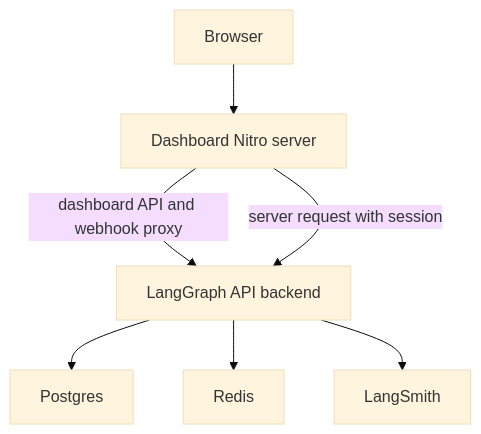
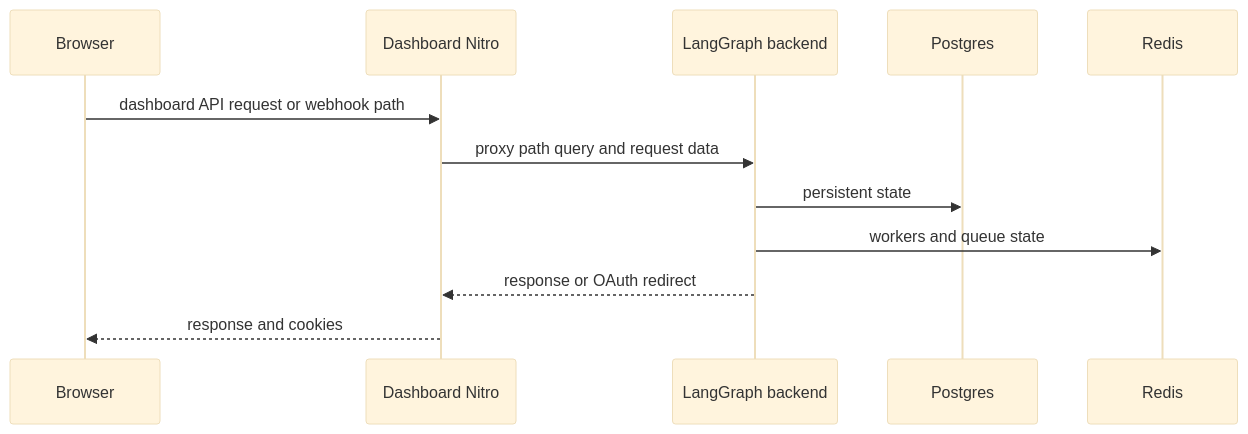
Before and after one commit to langchain-ai/open-swe: the second of 2 diagrams in openwiki/operations/deployment.md, drawn with Mermaid (base theme). The commit also changed other lines of this file and 52 other files, not shown here.

````diff
--- a/openwiki/operations/deployment.md
+++ b/openwiki/operations/deployment.md
@@ -158,9 +182,14 @@
 ```mermaid
-flowchart TD
-  Browser["Browser"] --> Dashboard["Dashboard Nitro server"]
-  Dashboard -->|"dashboard API and webhook proxy"| Backend["LangGraph API backend"]
-  Dashboard -->|"server request with session"| Backend
-  Backend --> Postgres["Postgres"]
-  Backend --> Redis["Redis"]
-  Backend --> LangSmith["LangSmith"]
+sequenceDiagram
+  participant Browser
+  participant UI as Dashboard Nitro
+  participant Backend as LangGraph backend
+  participant Postgres
+  participant Redis
+  Browser->>UI: dashboard API request or webhook path
+  UI->>Backend: proxy path query and request data
+  Backend->>Postgres: persistent state
+  Backend->>Redis: workers and queue state
+  Backend-->>UI: response or OAuth redirect
+  UI-->>Browser: response and cookies
 ```
````
